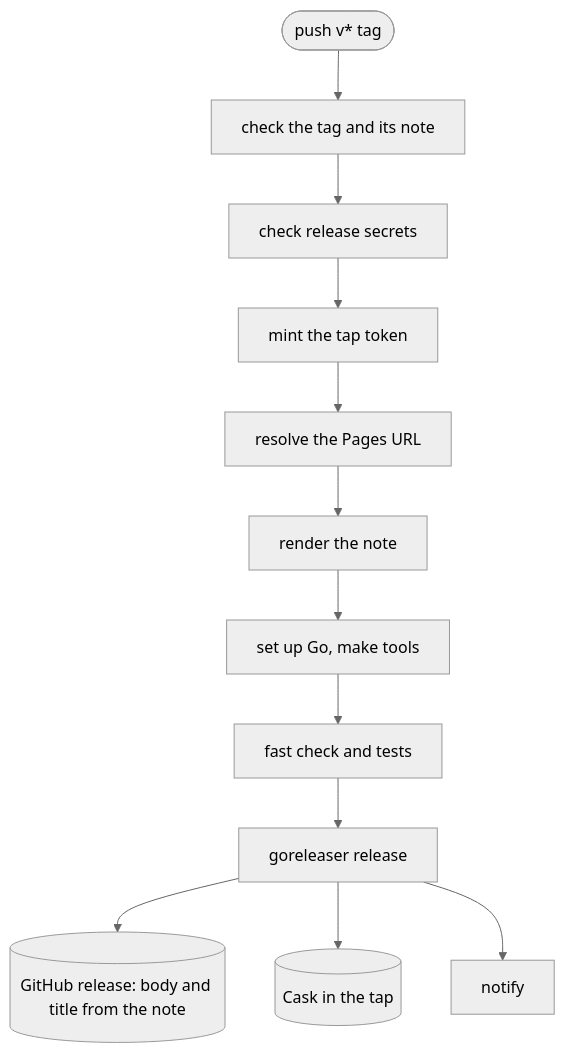
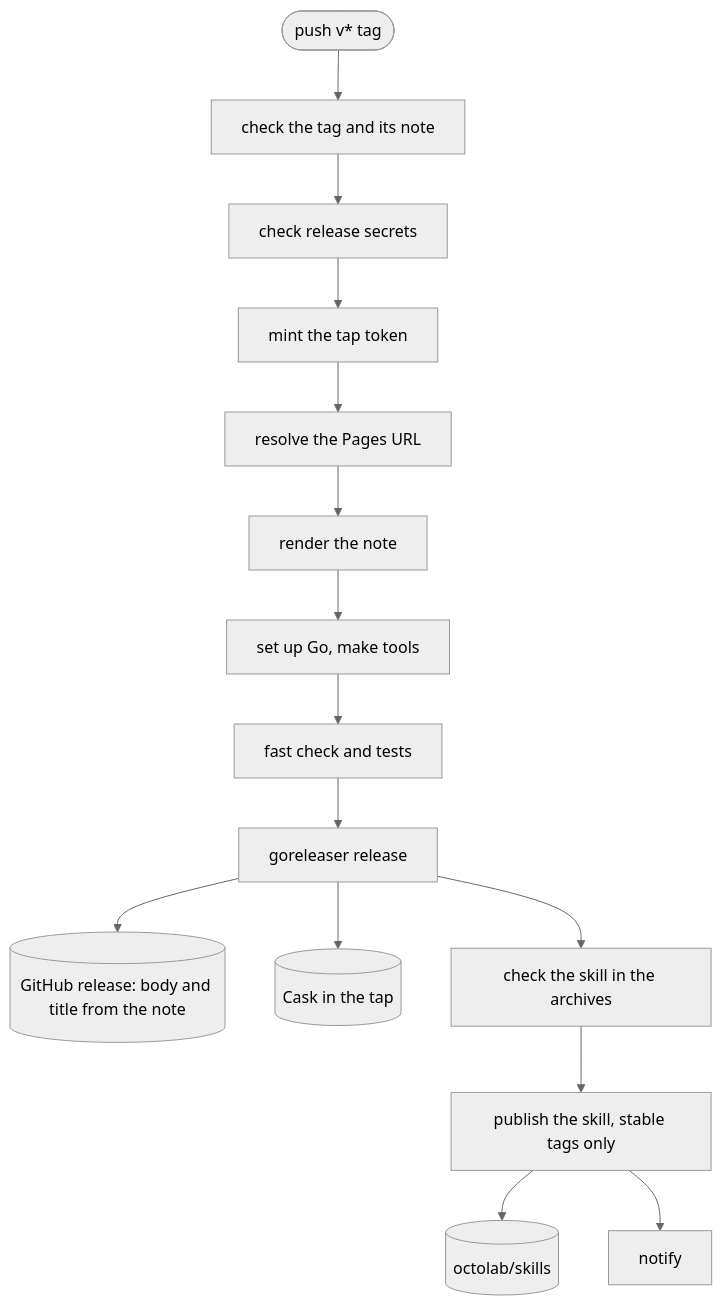
One commit to octopot/indexit changed the third of 10 diagrams in .github/workflows/README.md. Above: the diagram before and after it, drawn with Mermaid (neutral theme). The commit also changed other lines of this file and 9 other files, not shown here.

Commit message:
ci(cd): publish the agent skill to octolab/skills on release

````diff
--- a/.github/workflows/README.md
+++ b/.github/workflows/README.md
@@ -69,8 +69,9 @@
 ```mermaid
 flowchart TB
   tag([push v* tag]) --> check[check the tag and its note] --> secrets[check release secrets] --> token[mint the tap token] --> pages[resolve the Pages URL] --> render[render the note]
   render --> go[set up Go, make tools] --> test[fast check and tests] --> publish[goreleaser release]
   publish --> release[(GitHub release: body and title from the note)]
   publish --> tap[(Cask in the tap)]
-  publish --> notify[notify]
+  publish --> archives[check the skill in the archives] --> skill[publish the skill, stable tags only] --> catalog[(octolab/skills)]
+  skill --> notify[notify]
 ```
````
